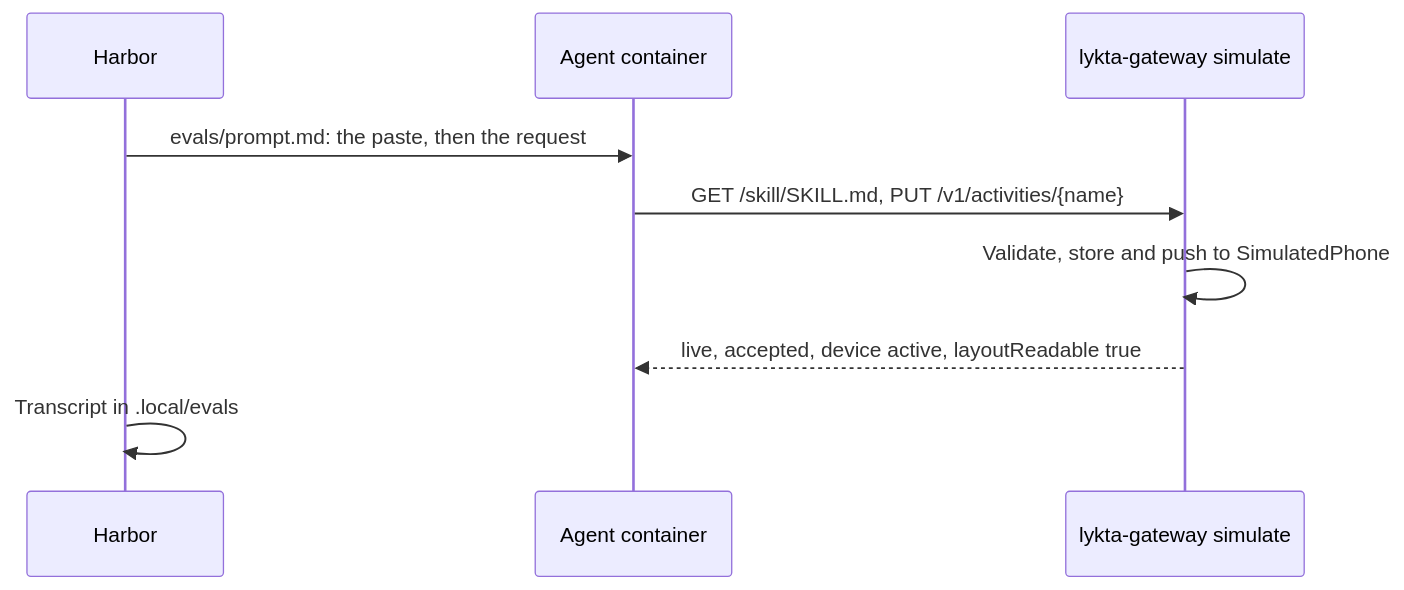
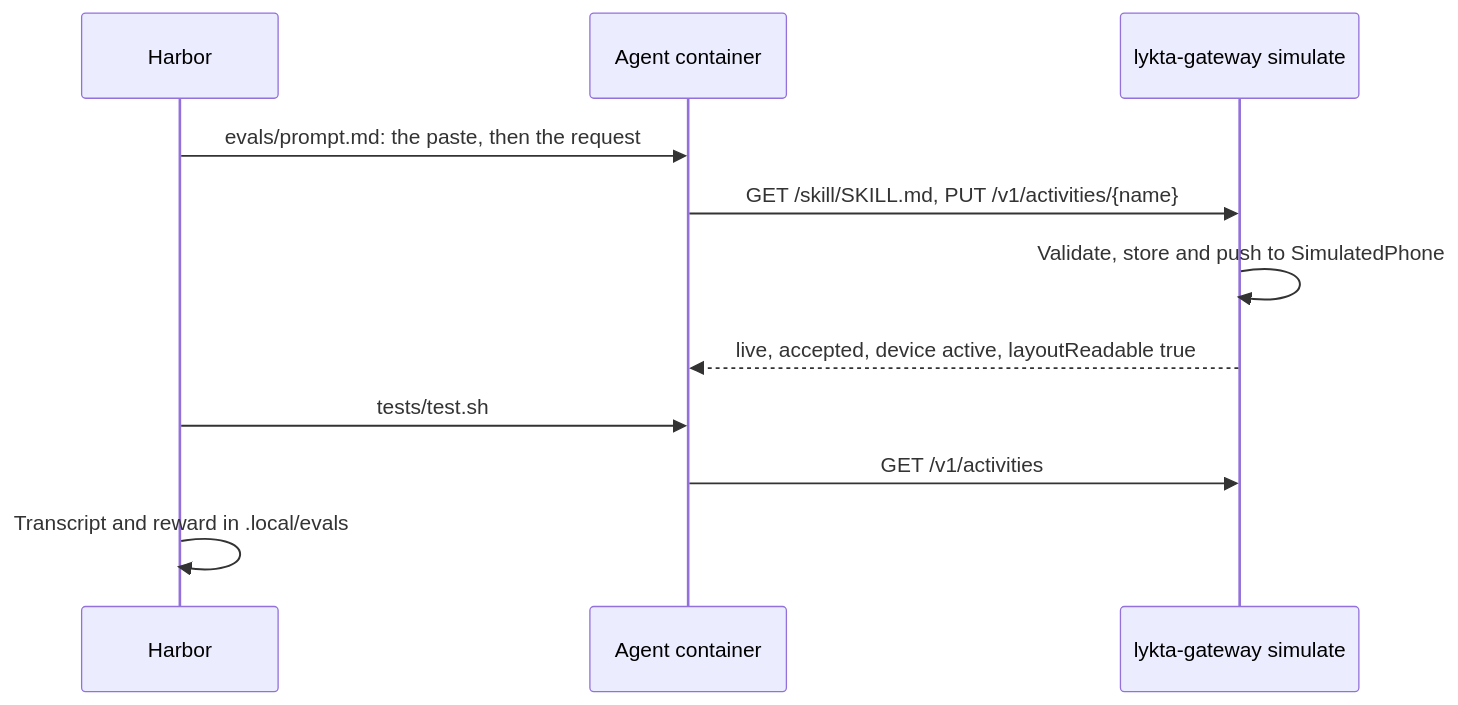
One commit to emileberhard/Lykta changed the diagram in docs/evals.md. Above: the diagram before and after it, drawn with Mermaid. The commit also changed other lines of this file and 7 other files, not shown here.

````diff
--- a/docs/evals.md
+++ b/docs/evals.md
@@ -34,11 +40,13 @@
 ```mermaid
 sequenceDiagram
     participant H as Harbor
     participant A as Agent container
     participant G as lykta-gateway simulate
     H->>A: evals/prompt.md: the paste, then the request
     A->>G: GET /skill/SKILL.md, PUT /v1/activities/{name}
     G->>G: Validate, store and push to SimulatedPhone
     G-->>A: live, accepted, device active, layoutReadable true
-    H->>H: Transcript in .local/evals
+    H->>A: tests/test.sh
+    A->>G: GET /v1/activities
+    H->>H: Transcript and reward in .local/evals
 ```
````
